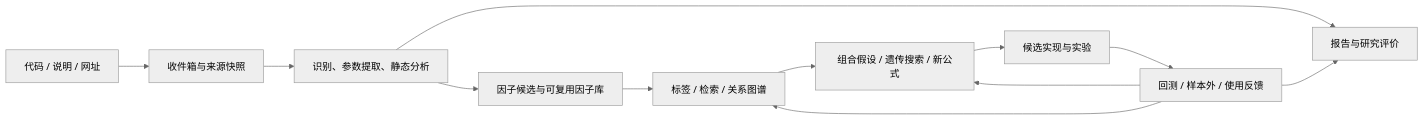
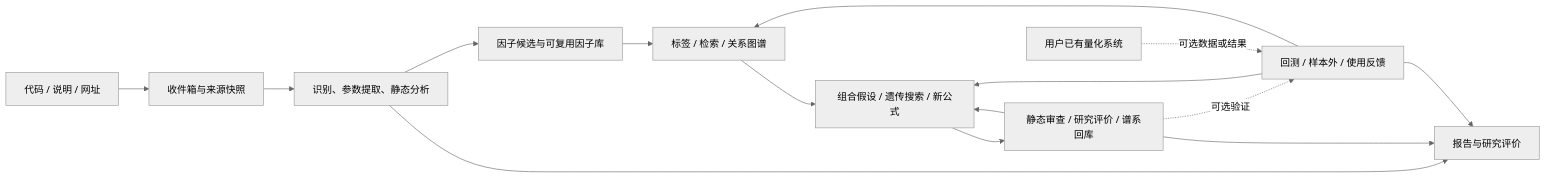
The diagram in docs/requirements/007-AI量化研究系统重构.md (TangerineSpecter/O-Doc), drawn with Mermaid (neutral theme) before and after one commit. The commit also changed other lines of this file and 85 other files, not shown here.

````diff
--- a/docs/requirements/007-AI量化研究系统重构.md
+++ b/docs/requirements/007-AI量化研究系统重构.md
@@ -13,14 +15,17 @@
 ```mermaid
 flowchart LR
   A[代码 / 说明 / 网址] --> B[收件箱与来源快照]
   B --> C[识别、参数提取、静态分析]
   C --> D[报告与研究评价]
   C --> E[因子候选与可复用因子库]
   E --> F[标签 / 检索 / 关系图谱]
   F --> G[组合假设 / 遗传搜索 / 新公式]
-  G --> H[候选实现与实验]
-  H --> I[回测 / 样本外 / 使用反馈]
+  G --> H[静态审查 / 研究评价 / 谱系回库]
+  H --> G
+  H --> D
+  X[用户已有量化系统] -.可选数据或结果.-> I[回测 / 样本外 / 使用反馈]
+  H -.可选验证.-> I
   I --> D
   I --> F
   I --> G
 ```
````
